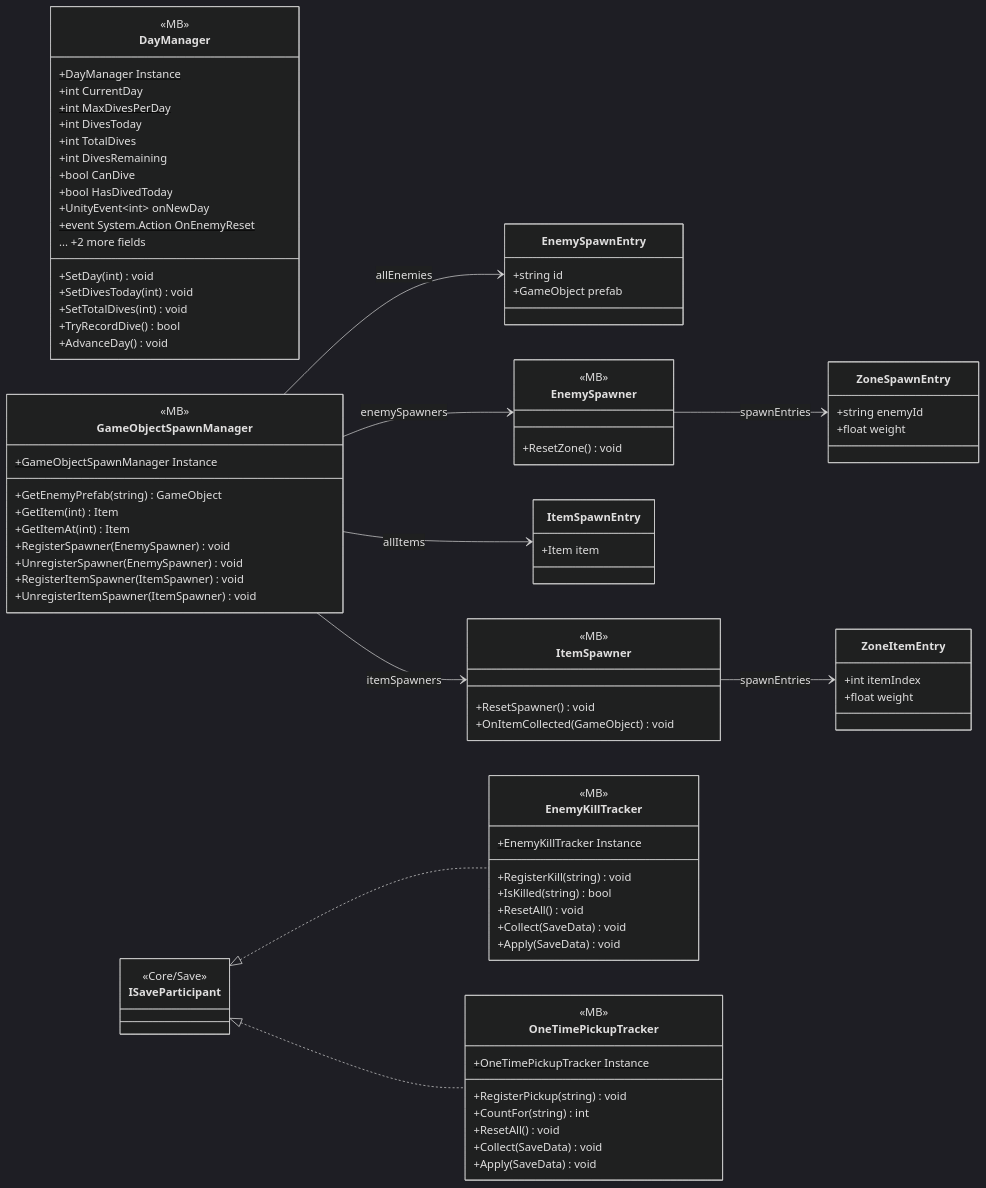
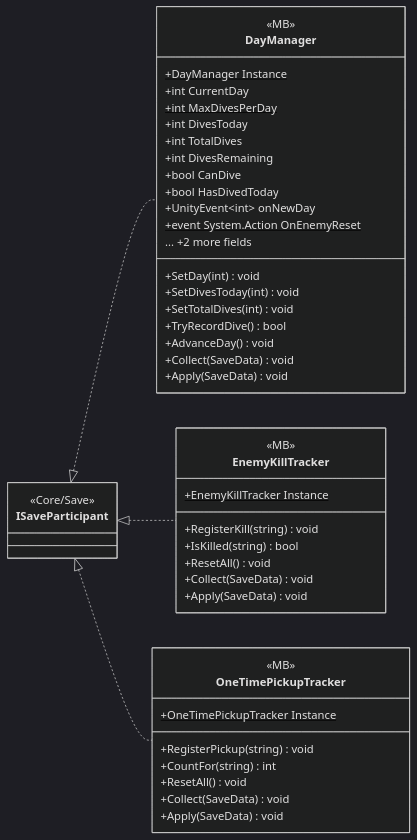
One commit to PhumipatWave/project-ocean changed the diagram in docs/uml/modules/Core_Save_DayReset.md. Above: the diagram before and after it, drawn with Mermaid (dark theme). The commit also changed other lines of this file and 531 other files, not shown here.

````diff
--- a/docs/uml/modules/Core_Save_DayReset.md
+++ b/docs/uml/modules/Core_Save_DayReset.md
@@ -25,6 +25,8 @@
     +SetTotalDives(int) void
     +TryRecordDive() bool
     +AdvanceDay() void
+    +Collect(SaveData) void
+    +Apply(SaveData) void
   }
   class EnemyKillTracker {
     <<MB>>
@@ -34,41 +36,6 @@
     +ResetAll() void
     +Collect(SaveData) void
     +Apply(SaveData) void
-  }
-  class ZoneSpawnEntry {
-    +string enemyId
-    +float weight
-  }
-  class EnemySpawner {
-    <<MB>>
-    +ResetZone() void
-  }
-  class EnemySpawnEntry {
-    +string id
-    +GameObject prefab
-  }
-  class ItemSpawnEntry {
-    +Item item
-  }
-  class GameObjectSpawnManager {
-    <<MB>>
-    +GameObjectSpawnManager Instance$
-    +GetEnemyPrefab(string) GameObject
-    +GetItem(int) Item
-    +GetItemAt(int) Item
-    +RegisterSpawner(EnemySpawner) void
-    +UnregisterSpawner(EnemySpawner) void
-    +RegisterItemSpawner(ItemSpawner) void
-    +UnregisterItemSpawner(ItemSpawner) void
-  }
-  class ZoneItemEntry {
-    +int itemIndex
-    +float weight
-  }
-  class ItemSpawner {
-    <<MB>>
-    +ResetSpawner() void
-    +OnItemCollected(GameObject) void
   }
   class OneTimePickupTracker {
     <<MB>>
@@ -82,12 +49,7 @@
   class ISaveParticipant {
     <<Core/Save>>
   }
-  EnemySpawner --> ZoneSpawnEntry : spawnEntries
-  GameObjectSpawnManager --> EnemySpawnEntry : allEnemies
-  GameObjectSpawnManager --> EnemySpawner : enemySpawners
-  GameObjectSpawnManager --> ItemSpawnEntry : allItems
-  GameObjectSpawnManager --> ItemSpawner : itemSpawners
+  ISaveParticipant <|.. DayManager
   ISaveParticipant <|.. EnemyKillTracker
   ISaveParticipant <|.. OneTimePickupTracker
-  ItemSpawner --> ZoneItemEntry : spawnEntries
 ```
````
